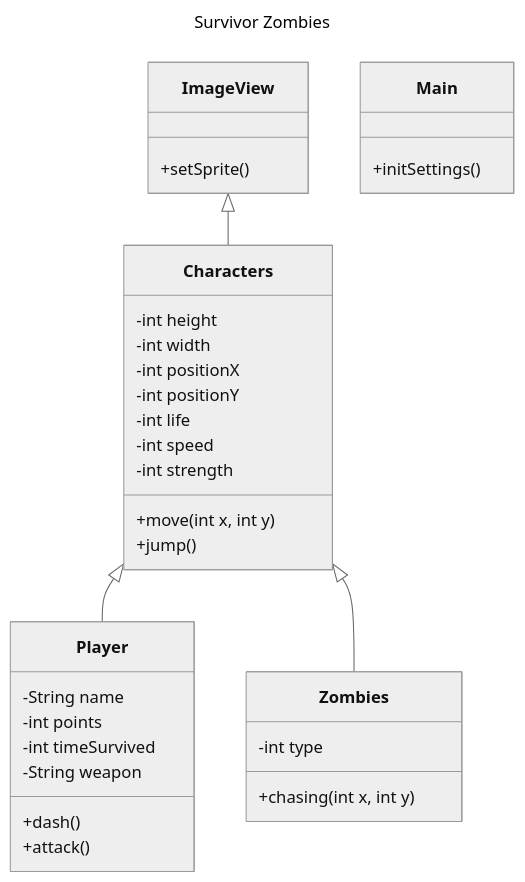
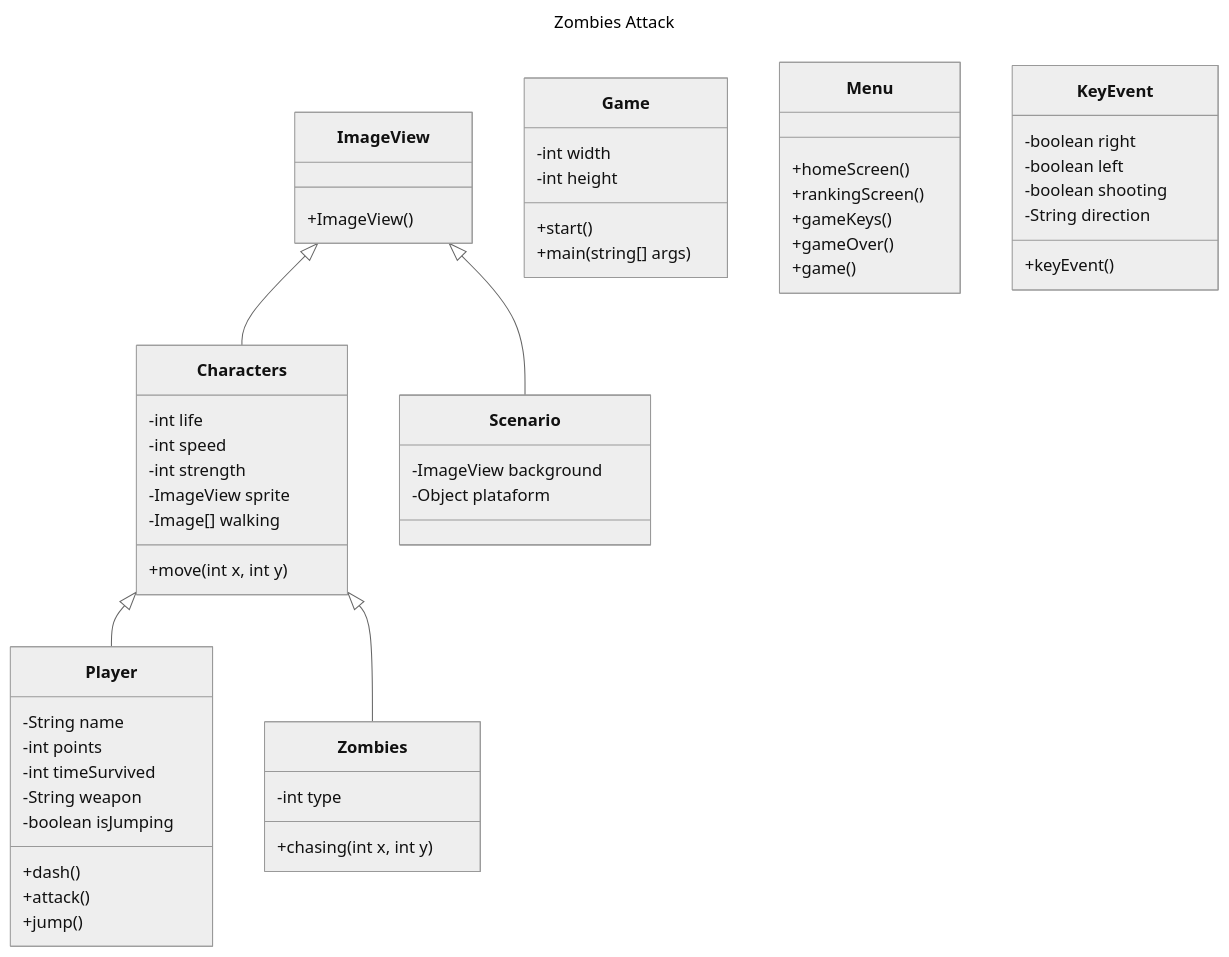
The diagram in README.md (llei7e/ZombiesAttack), drawn with Mermaid (neutral theme) before and after one commit. The commit also changed other lines of this file, not shown here.

Commit message:
Update README.md
Inserted game images, characters sprites, changed some parts about lore, updated tecnologies

````diff
--- a/README.md
+++ b/README.md
@@ -59,39 +69,61 @@
 ```mermaid
 ---
-title: Survivor Zombies
+title: Zombies Attack
 ---
 classDiagram
 Characters <|-- Player
 Characters <|-- Zombies
 ImageView <|-- Characters
+ImageView <|-- Scenario
 
-class Main{
-    +initSettings()
+class Game{
+-int width
+-int height
++start()
++main(string[]  args)
 }
 class ImageView{
-    +setSprite()
++ImageView()
 }
 class Characters{
-    -int height
-    -int width
-    -int positionX
-    -int positionY
-    -int life
-    -int speed
-    -int strength
-    +move(int x, int y)
-    +jump()
+-int life
+-int speed
+-int strength
+-ImageView sprite
+-Image[] walking
++move(int x, int y)
 }
 class Player{
-    -String name
-    -int points
-    -int timeSurvived
-    -String weapon
-    +dash()
-    +attack()
+-String name
+-int points
+-int timeSurvived
+-String weapon
+-boolean isJumping
++dash()
++attack()
++jump()
 }
 class Zombies{
-    -int type
-    +chasing(int x, int y)
-}    
+-int type
++chasing(int x, int y)
+}
+class Scenario{
+-ImageView background
+-Object plataform
+}
+class Menu{
++homeScreen()
++rankingScreen()
++gameKeys()
++gameOver()
++game()
+}
+
+class KeyEvent{
+-boolean right
+-boolean left
+-boolean shooting
+-String direction
++keyEvent()
+}
 ```
````
